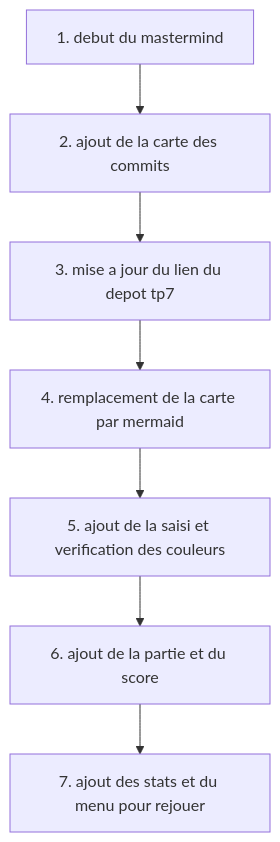
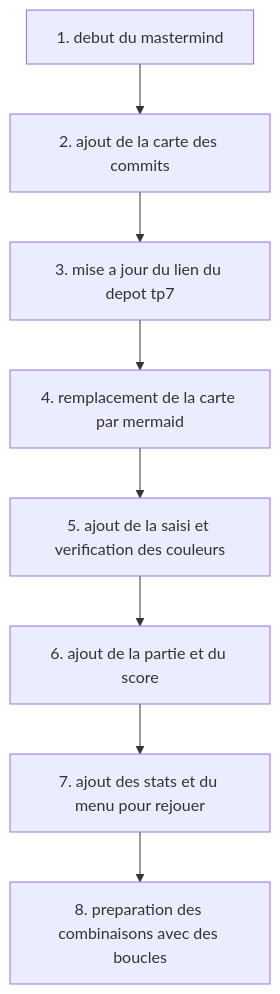
The diagram in README.md (caroneloham/polytech-dijon-soutien), drawn with Mermaid before and after one commit. The commit also changed 1 other file, not shown here.

Commit message:
preparation des combinaisons avec des boucles

````diff
--- a/README.md
+++ b/README.md
@@ -1,16 +1,18 @@
 ```mermaid
 flowchart TD
     C1["1. debut du mastermind"]
     C2["2. ajout de la carte des commits"]
     C1 --> C2
     C3["3. mise a jour du lien du depot tp7"]
     C2 --> C3
     C4["4. remplacement de la carte par mermaid"]
     C3 --> C4
     C5["5. ajout de la saisi et verification des couleurs"]
     C4 --> C5
     C6["6. ajout de la partie et du score"]
     C5 --> C6
     C7["7. ajout des stats et du menu pour rejouer"]
     C6 --> C7
+    C8["8. preparation des combinaisons avec des boucles"]
+    C7 --> C8
 ```
````
